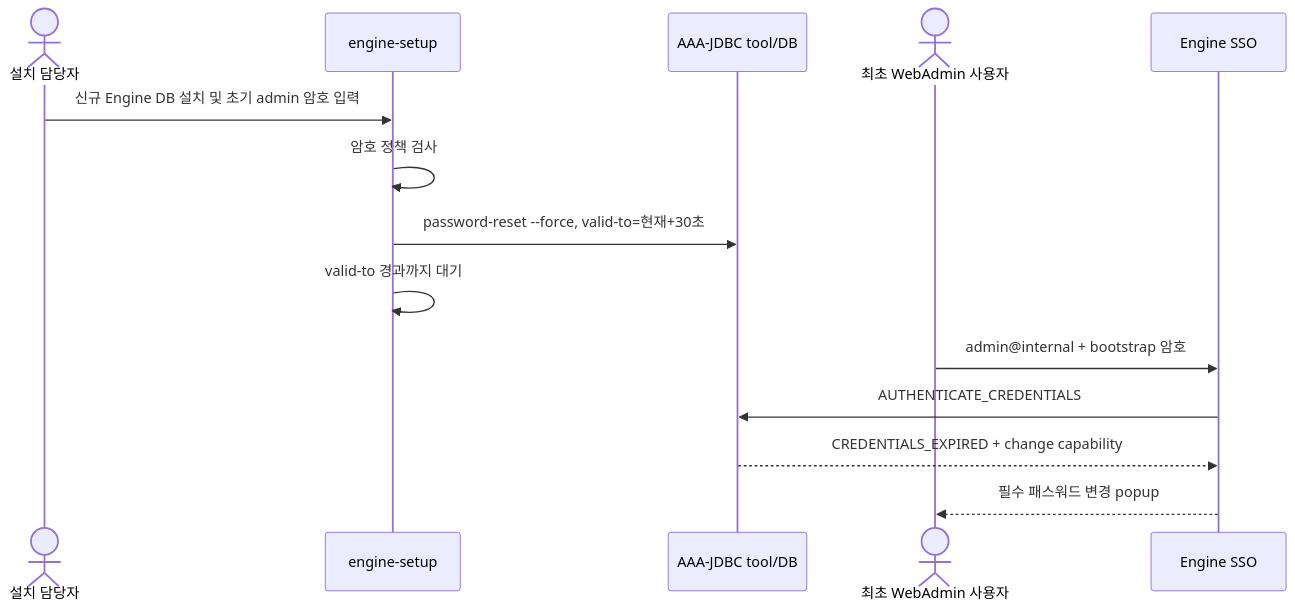
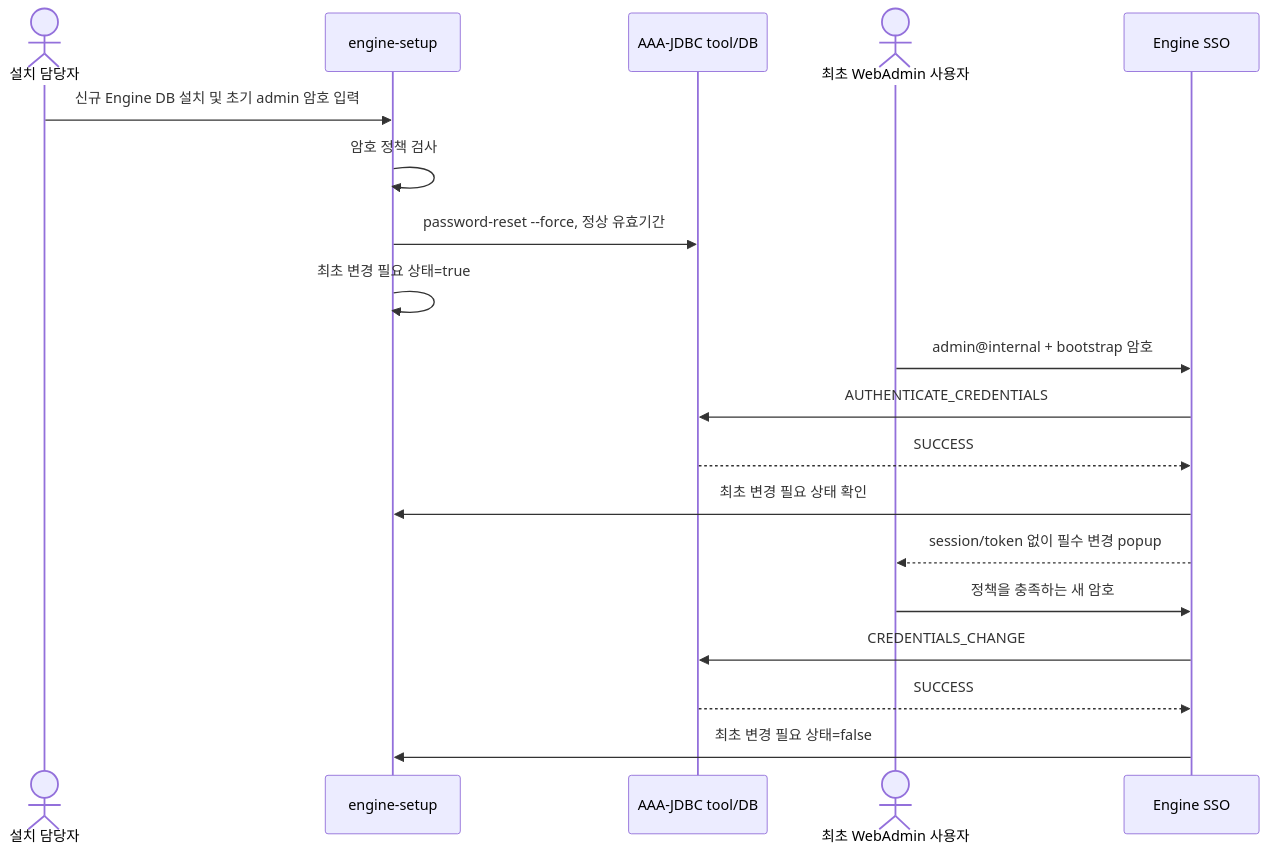
One commit to mussosinsa/ovworks4.5 changed the diagram in docs/first-webadmin-login-password-change.md. Above: the diagram before and after it, drawn with Mermaid. The commit also changed other lines of this file and 3 other files, not shown here.

Commit message:
Force initial password change outside AAA expiry

````diff
--- a/docs/first-webadmin-login-password-change.md
+++ b/docs/first-webadmin-login-password-change.md
@@ -45,17 +45,22 @@
 ```mermaid
 sequenceDiagram
     actor I as 설치 담당자
     participant E as engine-setup
     participant J as AAA-JDBC tool/DB
     actor U as 최초 WebAdmin 사용자
     participant S as Engine SSO
 
     I->>E: 신규 Engine DB 설치 및 초기 admin 암호 입력
     E->>E: 암호 정책 검사
-    E->>J: password-reset --force, valid-to=현재+30초
-    E->>E: valid-to 경과까지 대기
+    E->>J: password-reset --force, 정상 유효기간
+    E->>E: 최초 변경 필요 상태=true
     U->>S: admin@internal + bootstrap 암호
     S->>J: AUTHENTICATE_CREDENTIALS
-    J-->>S: CREDENTIALS_EXPIRED + change capability
-    S-->>U: 필수 패스워드 변경 popup
+    J-->>S: SUCCESS
+    S->>E: 최초 변경 필요 상태 확인
+    S-->>U: session/token 없이 필수 변경 popup
+    U->>S: 정책을 충족하는 새 암호
+    S->>J: CREDENTIALS_CHANGE
+    J-->>S: SUCCESS
+    S->>E: 최초 변경 필요 상태=false
 ```
````
